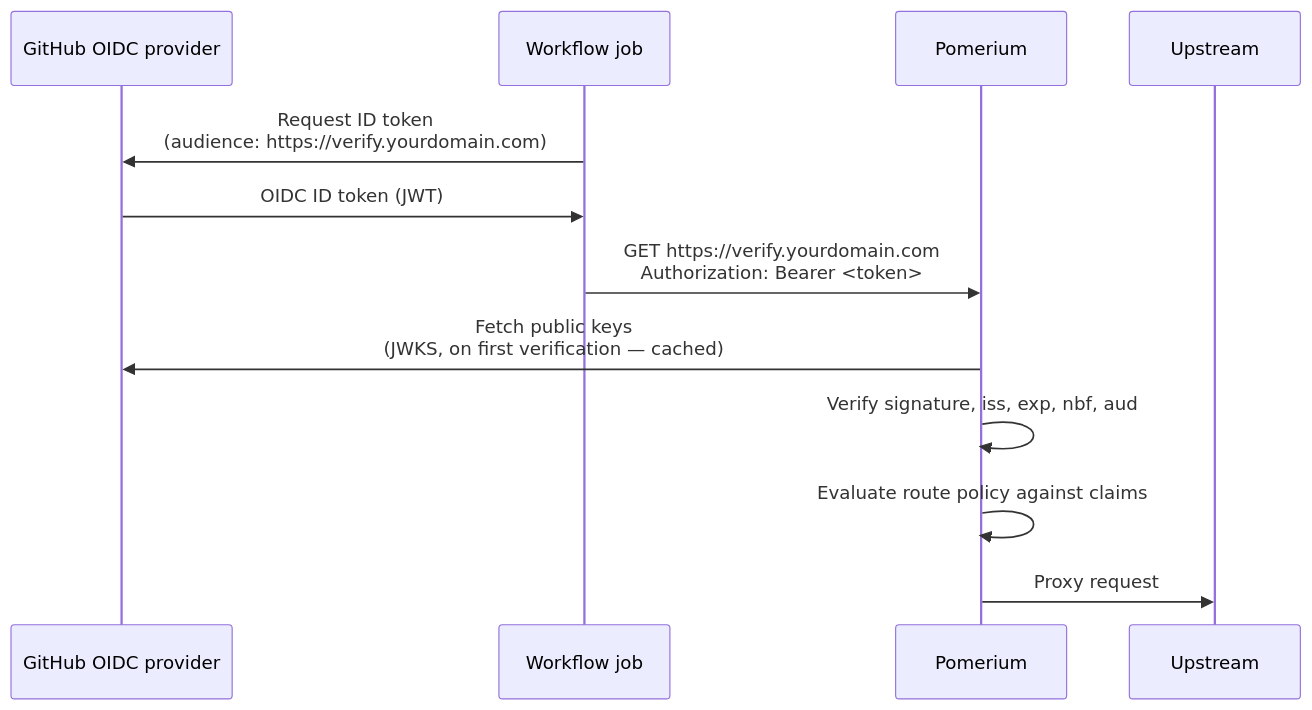
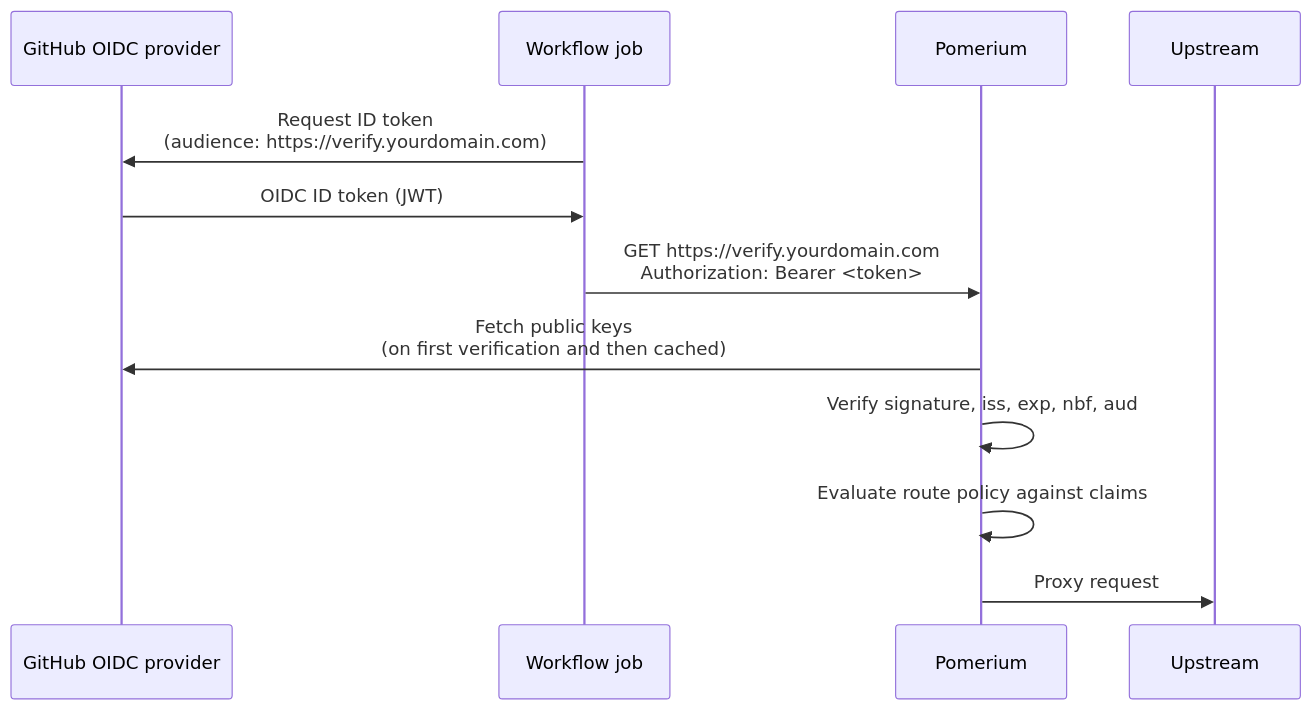
One commit to pomerium/documentation changed the diagram in content/docs/guides/github-actions.mdx. Above: the diagram before and after it, drawn with Mermaid. The commit also changed other lines of this file, not shown here.

````diff
--- a/content/docs/guides/github-actions.mdx
+++ b/content/docs/guides/github-actions.mdx
@@ -60,15 +78,15 @@
 ```mermaid
 sequenceDiagram
   participant G as GitHub OIDC provider
   participant W as Workflow job
   participant P as Pomerium
   participant U as Upstream
 
   W ->> G: Request ID token<br/>(audience: https://verify.yourdomain.com)
   G ->> W: OIDC ID token (JWT)
   W ->> P: GET https://verify.yourdomain.com<br/>Authorization: Bearer <token>
-  P ->> G: Fetch public keys<br/>(JWKS, on first verification — cached)
+  P ->> G: Fetch public keys<br/>(on first verification and then cached)
   P ->> P: Verify signature, iss, exp, nbf, aud
   P ->> P: Evaluate route policy against claims
   P ->> U: Proxy request
 ```
````
